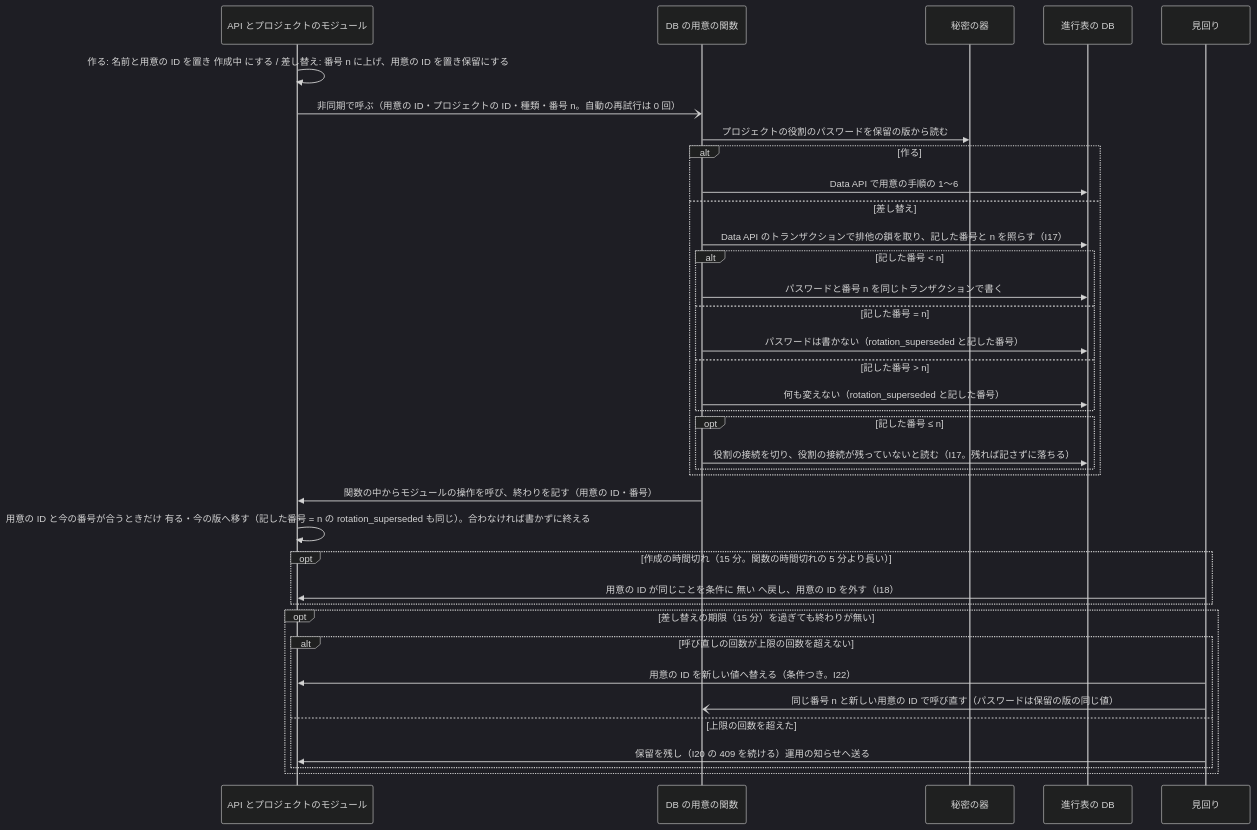
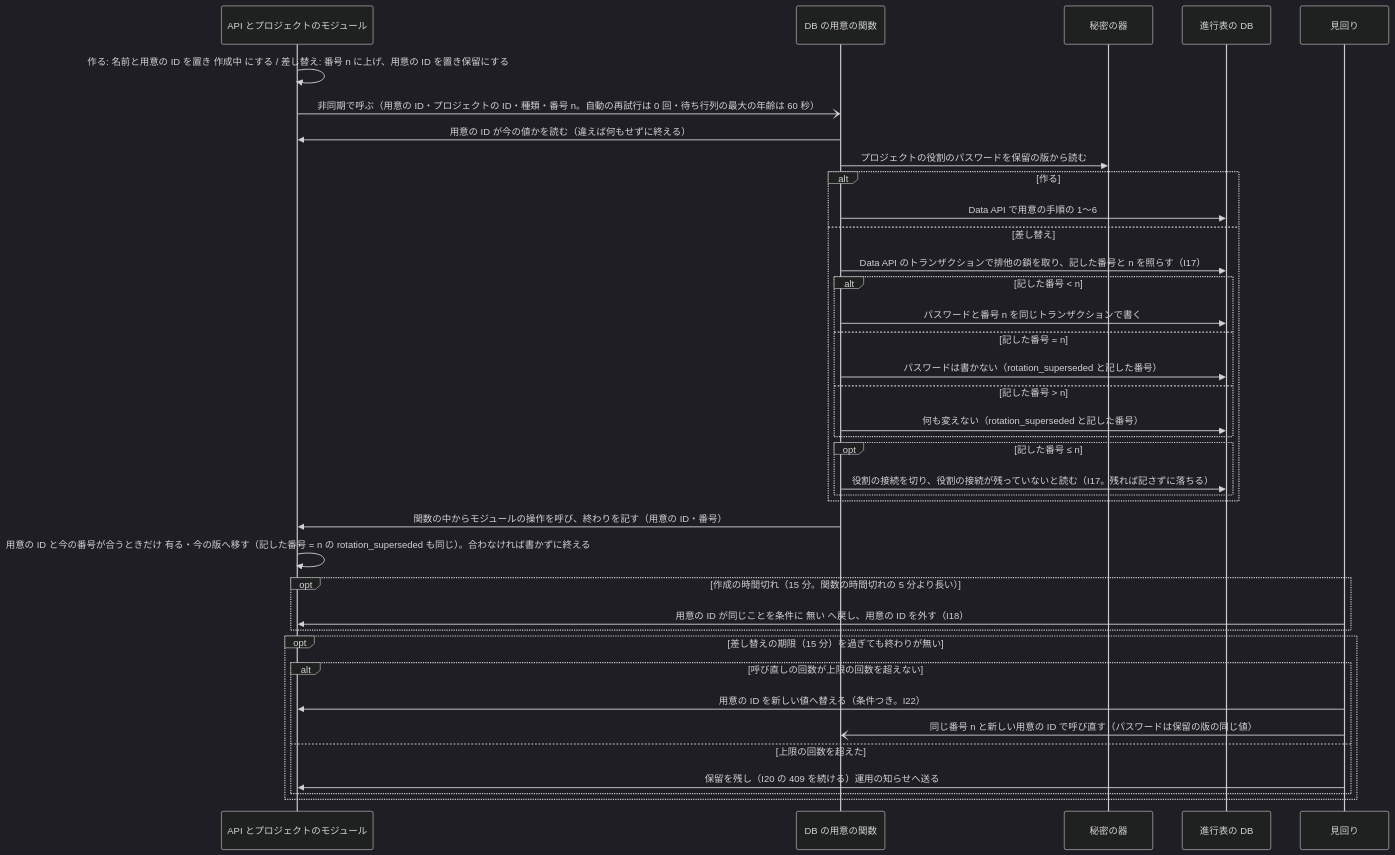
Before and after one commit to devbasex/nd-factory: the second of 2 diagrams in docs/design/data.md, drawn with Mermaid (dark theme). The commit also changed 2 other files, not shown here.

Commit message:
Docs: DB の用意の関数の待ち行列の最大の年齢を 60 秒にし、SQL の前に用意の ID を読み直す。ECR の見込みをランナーのイメージだけにする（#13）
Claude-Session: https://claude.ai/code/session_01MLNyzWEgsGxQBL1Aor2C71

````diff
--- a/docs/design/data.md
+++ b/docs/design/data.md
@@ -242,39 +242,40 @@
 ```mermaid
 sequenceDiagram
     participant API as API とプロジェクトのモジュール
     participant FN as DB の用意の関数
     participant SM as 秘密の器
     participant DB as 進行表の DB
     participant PT as 見回り
     API->>API: 作る: 名前と用意の ID を置き 作成中 にする / 差し替え: 番号 n に上げ、用意の ID を置き保留にする
-    API-)FN: 非同期で呼ぶ（用意の ID・プロジェクトの ID・種類・番号 n。自動の再試行は 0 回）
+    API-)FN: 非同期で呼ぶ（用意の ID・プロジェクトの ID・種類・番号 n。自動の再試行は 0 回・待ち行列の最大の年齢は 60 秒）
+    FN->>API: 用意の ID が今の値かを読む（違えば何もせずに終える）
     FN->>SM: プロジェクトの役割のパスワードを保留の版から読む
     alt 作る
         FN->>DB: Data API で用意の手順の 1〜6
     else 差し替え
         FN->>DB: Data API のトランザクションで排他の鎖を取り、記した番号と n を照らす（I17）
         alt 記した番号 < n
             FN->>DB: パスワードと番号 n を同じトランザクションで書く
         else 記した番号 = n
             FN->>DB: パスワードは書かない（rotation_superseded と記した番号）
         else 記した番号 > n
             FN->>DB: 何も変えない（rotation_superseded と記した番号）
         end
         opt 記した番号 ≤ n
             FN->>DB: 役割の接続を切り、役割の接続が残っていないと読む（I17。残れば記さずに落ちる）
         end
     end
     FN->>API: 関数の中からモジュールの操作を呼び、終わりを記す（用意の ID・番号）
     API->>API: 用意の ID と今の番号が合うときだけ 有る・今の版へ移す（記した番号 = n の rotation_superseded も同じ）。合わなければ書かずに終える
     opt 作成の時間切れ（15 分。関数の時間切れの 5 分より長い）
         PT->>API: 用意の ID が同じことを条件に 無い へ戻し、用意の ID を外す（I18）
     end
     opt 差し替えの期限（15 分）を過ぎても終わりが無い
         alt 呼び直しの回数が上限の回数を超えない
             PT->>API: 用意の ID を新しい値へ替える（条件つき。I22）
             PT-)FN: 同じ番号 n と新しい用意の ID で呼び直す（パスワードは保留の版の同じ値）
         else 上限の回数を超えた
             PT->>API: 保留を残し（I20 の 409 を続ける）運用の知らせへ送る
         end
     end
 ```
````
